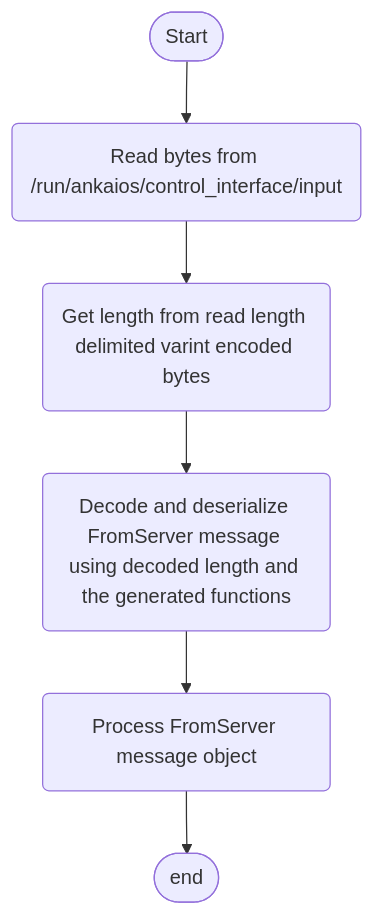
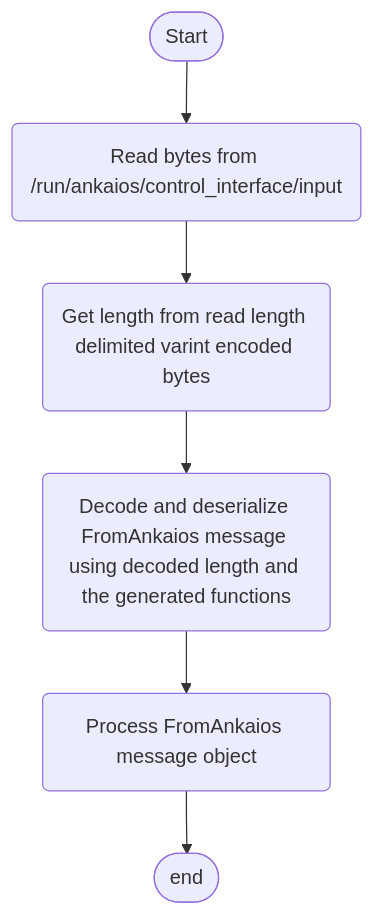
Before and after one commit to eclipse-ankaios/ankaios: the fifth of 5 diagrams in doc/docs/reference/control-interface.md, drawn with Mermaid. The commit also changed other lines of this file and 1 other file, not shown here.

````diff
--- a/doc/docs/reference/control-interface.md
+++ b/doc/docs/reference/control-interface.md
@@ -192,15 +192,15 @@
 ```mermaid
 flowchart TD
     begin([Start])
     input("Read bytes from /run/ankaios/control_interface/input")
     dec_length(Get length from read length delimited varint encoded bytes)
-    deser_msg(Decode and deserialize FromServer message using decoded length and the generated functions)
-    further_processing(Process FromServer message object)
+    deser_msg(Decode and deserialize FromAnkaios message using decoded length and the generated functions)
+    further_processing(Process FromAnkaios message object)
     fin([end])
 
     begin --> input
     input --> dec_length
     dec_length --> deser_msg
     deser_msg --> further_processing
     further_processing --> fin
 ```
````
